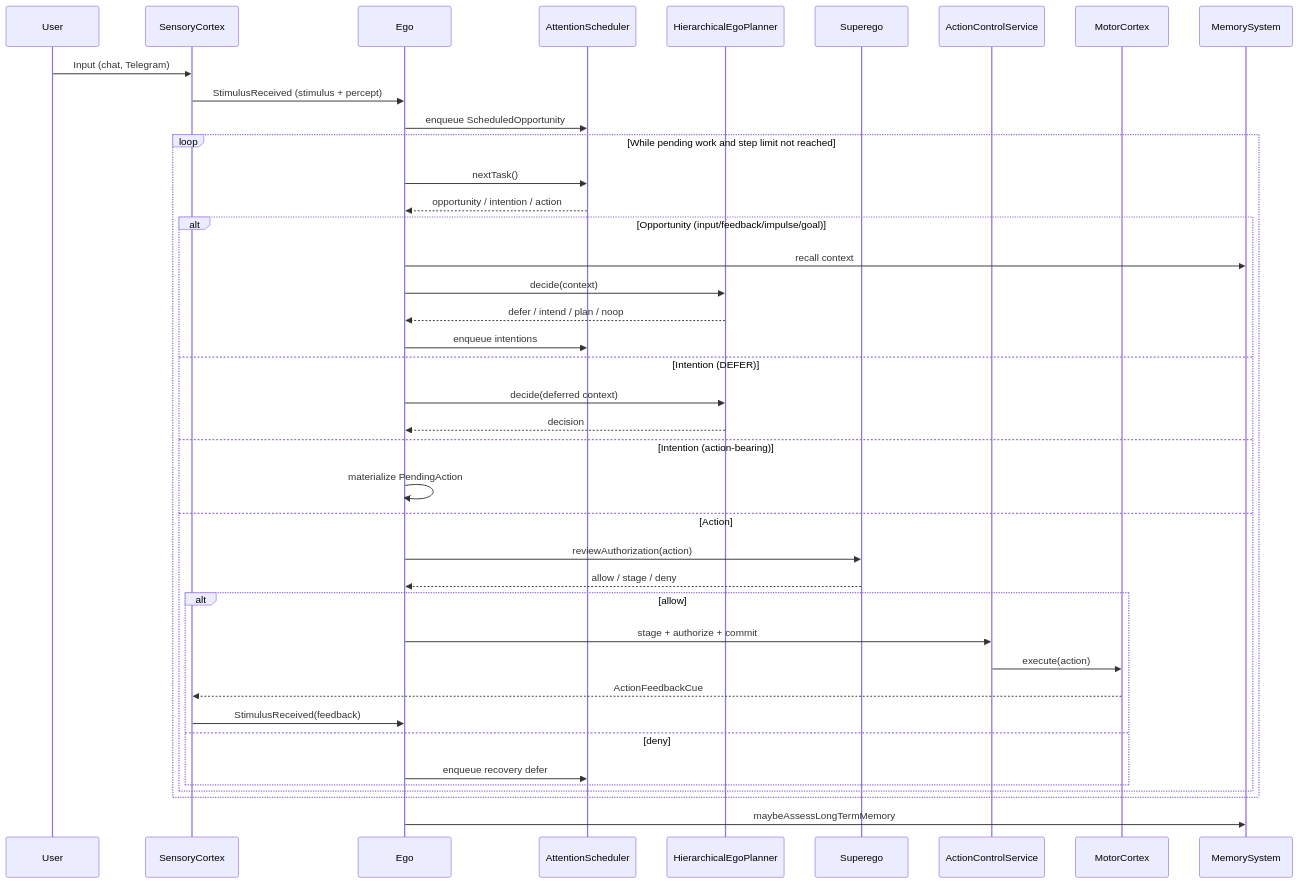
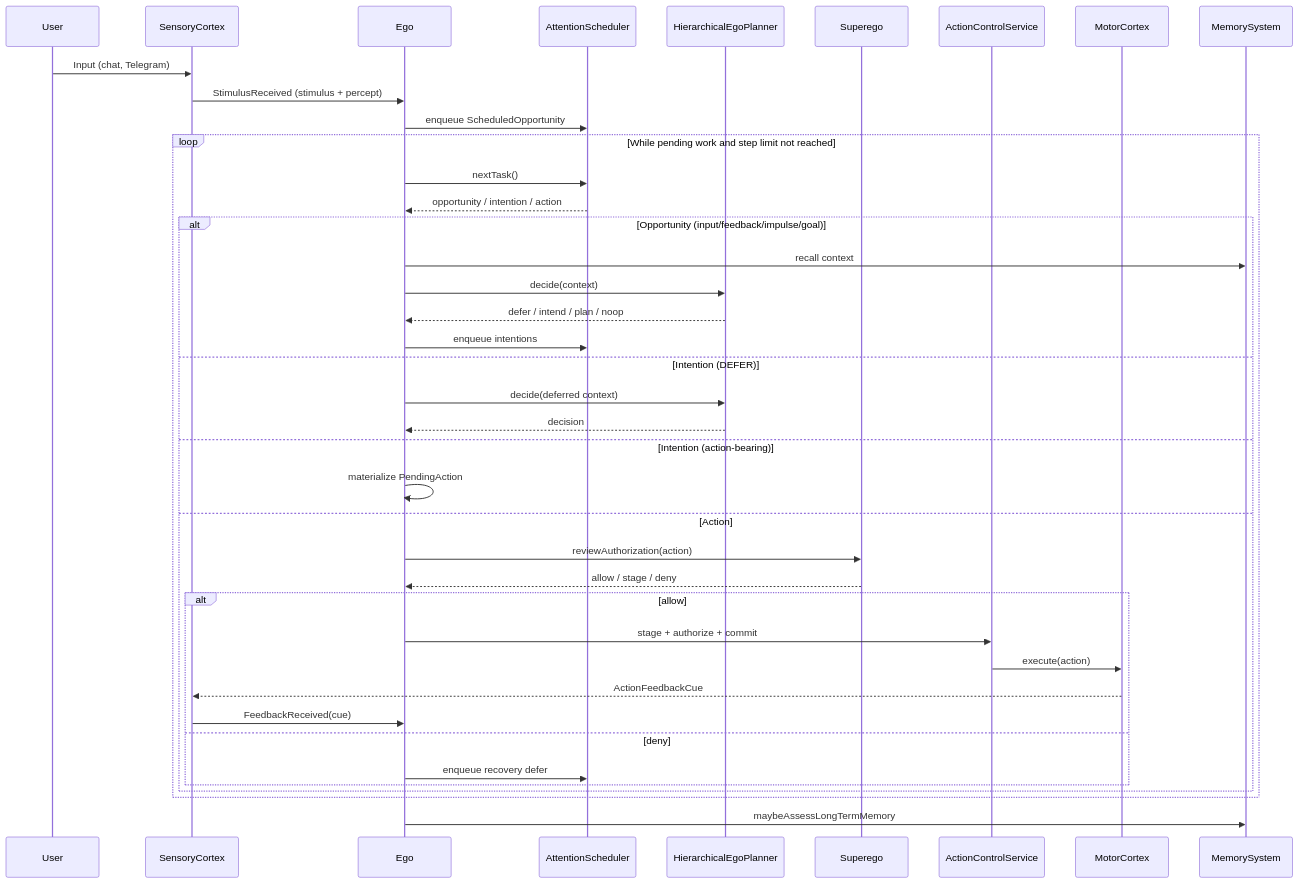
Before and after one commit to neopsyke/NeoPsyke: the third of 8 diagrams in AGENT_LOGIC_DIAGRAM.md, drawn with Mermaid. The commit also changed other lines of this file and 21 other files, not shown here.

Commit message:
fix(ego): preserve grounding metadata through feedback ingress

````diff
--- a/AGENT_LOGIC_DIAGRAM.md
+++ b/AGENT_LOGIC_DIAGRAM.md
@@ -145,46 +145,46 @@
 ```mermaid
 sequenceDiagram
     participant User
     participant SC as SensoryCortex
     participant Ego
     participant Sched as AttentionScheduler
     participant Planner as HierarchicalEgoPlanner
     participant Sup as Superego
     participant ACS as ActionControlService
     participant Motor as MotorCortex
     participant Mem as MemorySystem
 
     User->>SC: Input (chat, Telegram)
     SC->>Ego: StimulusReceived (stimulus + percept)
     Ego->>Sched: enqueue ScheduledOpportunity
 
     loop While pending work and step limit not reached
         Ego->>Sched: nextTask()
         Sched-->>Ego: opportunity / intention / action
 
         alt Opportunity (input/feedback/impulse/goal)
             Ego->>Mem: recall context
             Ego->>Planner: decide(context)
             Planner-->>Ego: defer / intend / plan / noop
             Ego->>Sched: enqueue intentions
         else Intention (DEFER)
             Ego->>Planner: decide(deferred context)
             Planner-->>Ego: decision
         else Intention (action-bearing)
             Ego->>Ego: materialize PendingAction
         else Action
             Ego->>Sup: reviewAuthorization(action)
             Sup-->>Ego: allow / stage / deny
             alt allow
                 Ego->>ACS: stage + authorize + commit
                 ACS->>Motor: execute(action)
                 Motor-->>SC: ActionFeedbackCue
-                SC->>Ego: StimulusReceived(feedback)
+                SC->>Ego: FeedbackReceived(cue)
             else deny
                 Ego->>Sched: enqueue recovery defer
             end
         end
     end
 
     Ego->>Mem: maybeAssessLongTermMemory
 ```
````
